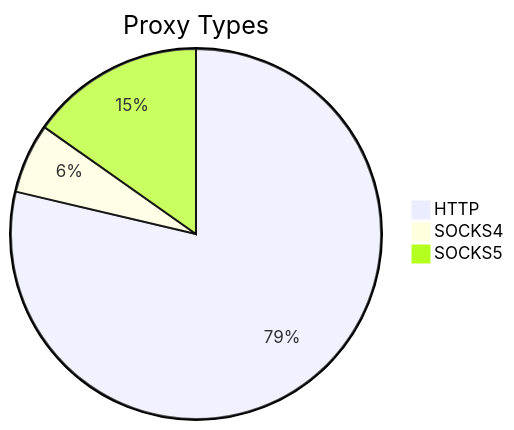
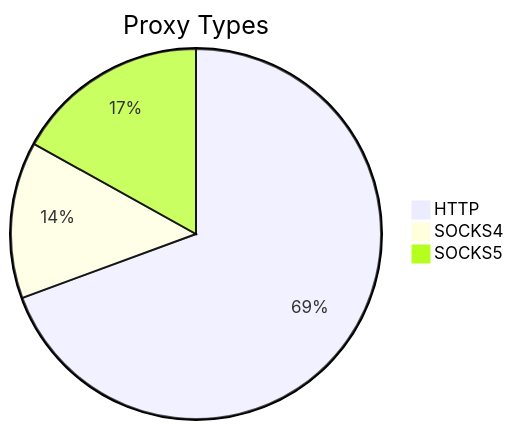
Before and after one commit to stormsia/proxy-list: the first of 2 diagrams in README.md, drawn with Mermaid. The commit also changed other lines of this file, not shown here.

````diff
--- a/README.md
+++ b/README.md
@@ -21,6 +21,6 @@
 ```mermaid
 pie title Proxy Types
-    "HTTP" : 310
-    "SOCKS4" : 24
-    "SOCKS5" : 60
+    "HTTP" : 365
+    "SOCKS4" : 72
+    "SOCKS5" : 89
 ```
````
